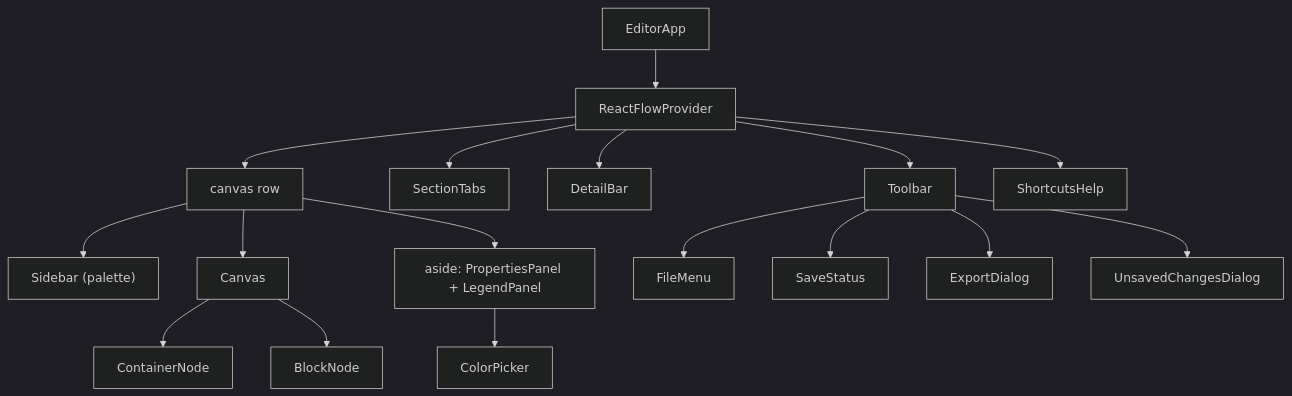
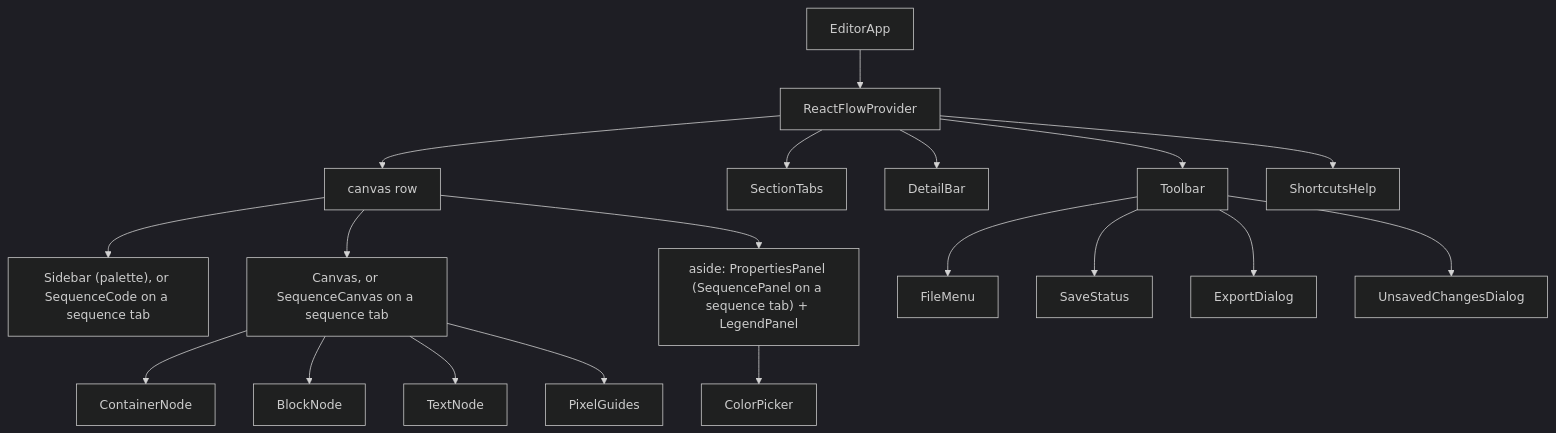
One commit to SomavateyHeng7/Building-Block changed the diagram in docs/07-editor-ui.md. Above: the diagram before and after it, drawn with Mermaid (dark theme). The commit also changed other lines of this file and 30 other files, not shown here.

Commit message:
fixing the flow chart UI

````diff
--- a/docs/07-editor-ui.md
+++ b/docs/07-editor-ui.md
@@ -5,15 +5,16 @@
 ```mermaid
 flowchart TB
   EditorApp --> RFP[ReactFlowProvider]
   RFP --> Toolbar
   RFP --> SectionTabs
   RFP --> DetailBar
   RFP --> Body[canvas row]
-  Body --> Sidebar["Sidebar (palette)"]
-  Body --> Canvas
-  Body --> Aside["aside: PropertiesPanel + LegendPanel"]
-  Canvas --> ContainerNode & BlockNode
+  Body --> Sidebar["Sidebar (palette), or SequenceCode on a sequence tab"]
+  Body --> Canvas["Canvas, or SequenceCanvas on a sequence tab"]
+  Body --> Aside["aside: PropertiesPanel (SequencePanel on a sequence tab) + LegendPanel"]
+  Canvas --> ContainerNode & BlockNode & TextNode
+  Canvas --> PixelGuides
   Toolbar --> FileMenu & SaveStatus & ExportDialog & UnsavedChangesDialog
   Aside --> ColorPicker
   RFP --> ShortcutsHelp
 ```
````
